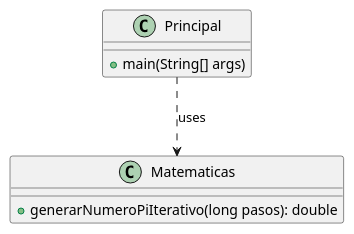
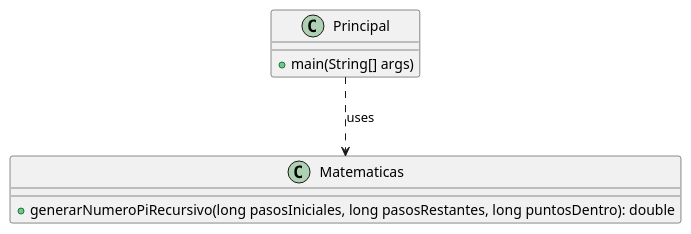
Before and after one commit to KhalidCEU/practica2_p2: the diagram in docs/diagram.puml, drawn with PlantUML. The commit also changed 4 other files, not shown here.

```diff
--- a/docs/diagram.puml
+++ b/docs/diagram.puml
@@ -1,13 +1,13 @@
 @startuml
 
 class Principal {
     +main(String[] args)
 }
 
 class Matematicas {
-    +generarNumeroPiIterativo(long pasos): double
+    +generarNumeroPiRecursivo(long pasosIniciales, long pasosRestantes, long puntosDentro): double
 }
 
 Principal ..> Matematicas : uses
 
 @enduml
```
